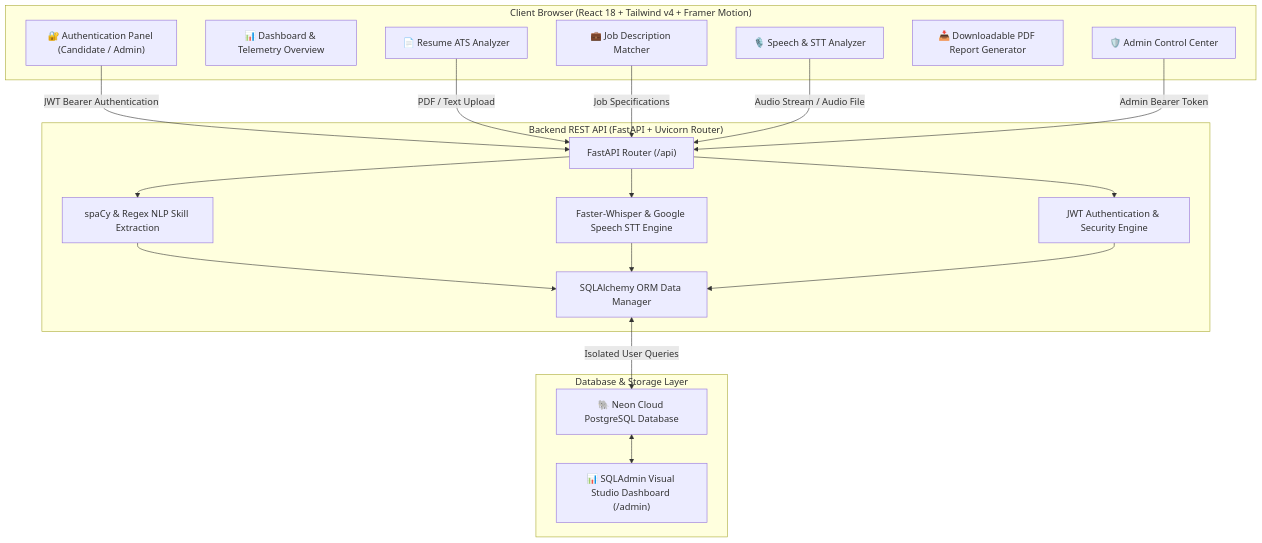
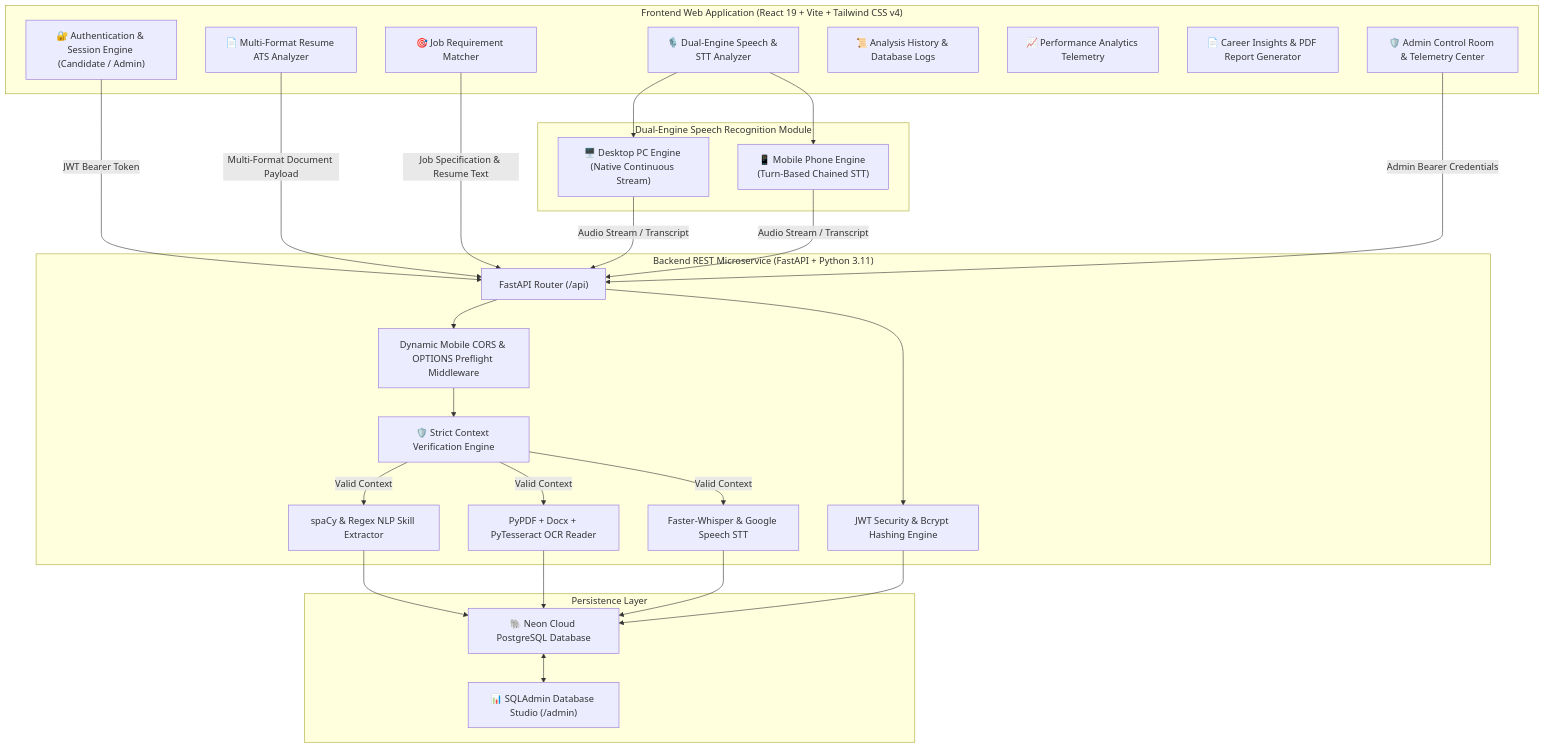
One commit to chiragroshan18/hiresenseai changed the diagram in README.md. Above: the diagram before and after it, drawn with Mermaid. The commit also changed other lines of this file and 2 other files, not shown here.

````diff
--- a/README.md
+++ b/README.md
@@ -41,42 +31,57 @@
 ```mermaid
 graph TD
-    subgraph Client ["Client Browser (React 18 + Tailwind v4 + Framer Motion)"]
-        UI_AUTH["🔐 Authentication Panel (Candidate / Admin)"]
-        UI_DASH["📊 Dashboard & Telemetry Overview"]
-        UI_RESUME["📄 Resume ATS Analyzer"]
-        UI_JOB["💼 Job Description Matcher"]
-        UI_SPEECH["🎙️ Speech & STT Analyzer"]
-        UI_REPORT["📥 Downloadable PDF Report Generator"]
-        UI_ADMIN["🛡️ Admin Control Center"]
+    subgraph Client ["Frontend Web Application (React 19 + Vite + Tailwind CSS v4)"]
+        UI_AUTH["🔐 Authentication & Session Engine (Candidate / Admin)"]
+        UI_RESUME["📄 Multi-Format Resume ATS Analyzer"]
+        UI_JOB["🎯 Job Requirement Matcher"]
+        UI_SPEECH["🎙️ Dual-Engine Speech & STT Analyzer"]
+        UI_HIST["📜 Analysis History & Database Logs"]
+        UI_ANALYTICS["📈 Performance Analytics Telemetry"]
+        UI_INSIGHTS["📄 Career Insights & PDF Report Generator"]
+        UI_ADMIN["🛡️ Admin Control Room & Telemetry Center"]
     end
 
-    subgraph Backend ["Backend REST API (FastAPI + Uvicorn Router)"]
-        API_GATEWAY["FastAPI Router (/api)"]
-        AUTH_SERVICE["JWT Authentication & Security Engine"]
-        NLP_ENGINE["spaCy & Regex NLP Skill Extraction"]
-        STT_ENGINE["Faster-Whisper & Google Speech STT Engine"]
-        ORM["SQLAlchemy ORM Data Manager"]
+    subgraph DualSpeech ["Dual-Engine Speech Recognition Module"]
+        ENGINE_PC["🖥️ Desktop PC Engine (Native Continuous Stream)"]
+        ENGINE_MOBILE["📱 Mobile Phone Engine (Turn-Based Chained STT)"]
     end
 
-    subgraph Persistence ["Database & Storage Layer"]
-        POSTGRES["🐘 Neon Cloud PostgreSQL Database"]
-        SQLADMIN["📊 SQLAdmin Visual Studio Dashboard (/admin)"]
+    subgraph Backend ["Backend REST Microservice (FastAPI + Python 3.11)"]
+        API_ROUTER["FastAPI Router (/api)"]
+        VALIDATOR["🛡️ Strict Context Verification Engine"]
+        NLP_CORE["spaCy & Regex NLP Skill Extractor"]
+        OCR_ENGINE["PyPDF + Docx + PyTesseract OCR Reader"]
+        STT_SERVICE["Faster-Whisper & Google Speech STT"]
+        AUTH_JWT["JWT Security & Bcrypt Hashing Engine"]
+        CORS_MID["Dynamic Mobile CORS & OPTIONS Preflight Middleware"]
     end
 
-    UI_AUTH -->|JWT Bearer Authentication| API_GATEWAY
-    UI_RESUME -->|PDF / Text Upload| API_GATEWAY
-    UI_JOB -->|Job Specifications| API_GATEWAY
-    UI_SPEECH -->|Audio Stream / Audio File| API_GATEWAY
-    UI_ADMIN -->|Admin Bearer Token| API_GATEWAY
+    subgraph Database ["Persistence Layer"]
+        POSTGRES["🐘 Neon Cloud PostgreSQL Database"]
+        SQLADMIN["📊 SQLAdmin Database Studio (/admin)"]
+    end
 
-    API_GATEWAY --> AUTH_SERVICE
-    API_GATEWAY --> NLP_ENGINE
-    API_GATEWAY --> STT_ENGINE
+    UI_SPEECH --> ENGINE_PC
+    UI_SPEECH --> ENGINE_MOBILE
 
-    NLP_ENGINE --> ORM
-    STT_ENGINE --> ORM
-    AUTH_SERVICE --> ORM
+    UI_AUTH -->|JWT Bearer Token| API_ROUTER
+    UI_RESUME -->|Multi-Format Document Payload| API_ROUTER
+    UI_JOB -->|Job Specification & Resume Text| API_ROUTER
+    ENGINE_PC -->|Audio Stream / Transcript| API_ROUTER
+    ENGINE_MOBILE -->|Audio Stream / Transcript| API_ROUTER
+    UI_ADMIN -->|Admin Bearer Credentials| API_ROUTER
 
-    ORM <-->|Isolated User Queries| POSTGRES
+    API_ROUTER --> CORS_MID
+    CORS_MID --> VALIDATOR
+    VALIDATOR -->|Valid Context| NLP_CORE
+    VALIDATOR -->|Valid Context| OCR_ENGINE
+    VALIDATOR -->|Valid Context| STT_SERVICE
+    API_ROUTER --> AUTH_JWT
+
+    NLP_CORE --> POSTGRES
+    OCR_ENGINE --> POSTGRES
+    STT_SERVICE --> POSTGRES
+    AUTH_JWT --> POSTGRES
+
     POSTGRES <--> SQLADMIN
 ```
````
